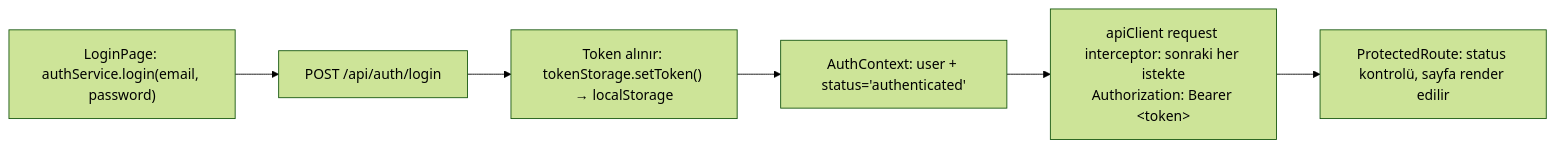
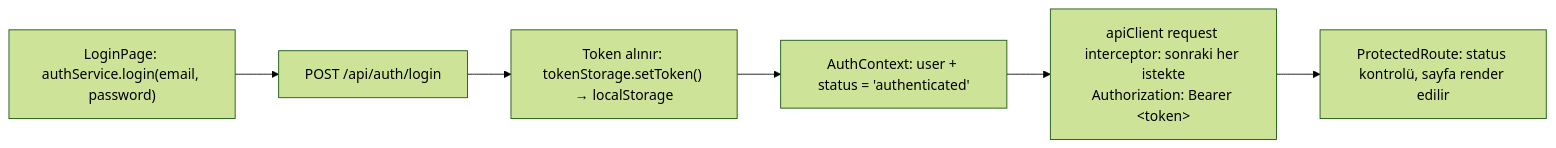
One commit to alitopbas10/LocalShop changed the fifth of 5 diagrams in README.md. Above: the diagram before and after it, drawn with Mermaid (forest theme). The commit also changed other lines of this file, not shown here.

Commit message:
docs: finalize readme with architecture diagrams and design decisions

````diff
--- a/README.md
+++ b/README.md
@@ -1020,8 +371,9 @@
 ```mermaid
 flowchart LR
     A["LoginPage: authService.login(email, password)"] --> B["POST /api/auth/login"]
     B --> C["Token alınır: tokenStorage.setToken() → localStorage"]
-    C --> D["AuthContext: user + status='authenticated'"]
-    D --> E["apiClient request interceptor: sonraki her istekte<br/>Authorization: Bearer &lt;token&gt;"]
+    C --> D["AuthContext: user + status = 'authenticated'"]
+    D --> E["apiClient request interceptor: sonraki her istekte
+Authorization: Bearer &lt;token&gt;"]
     E --> F["ProtectedRoute: status kontrolü, sayfa render edilir"]
 ```
````
